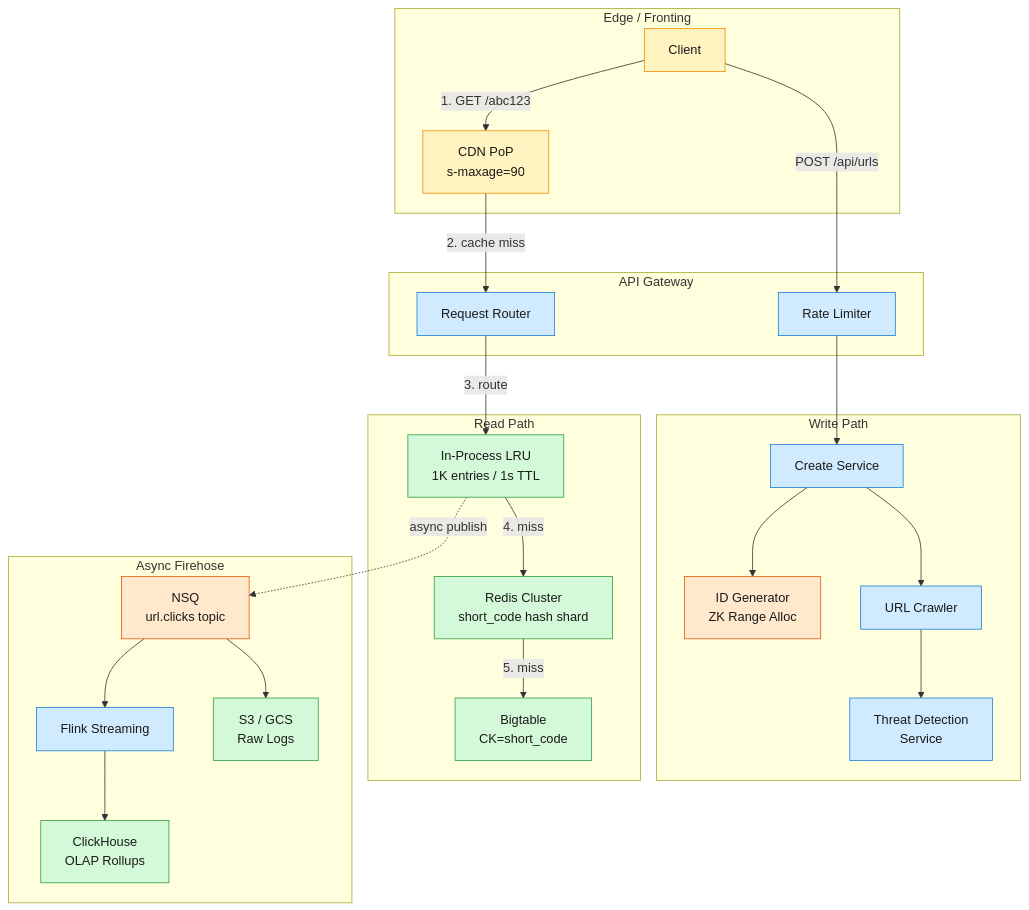
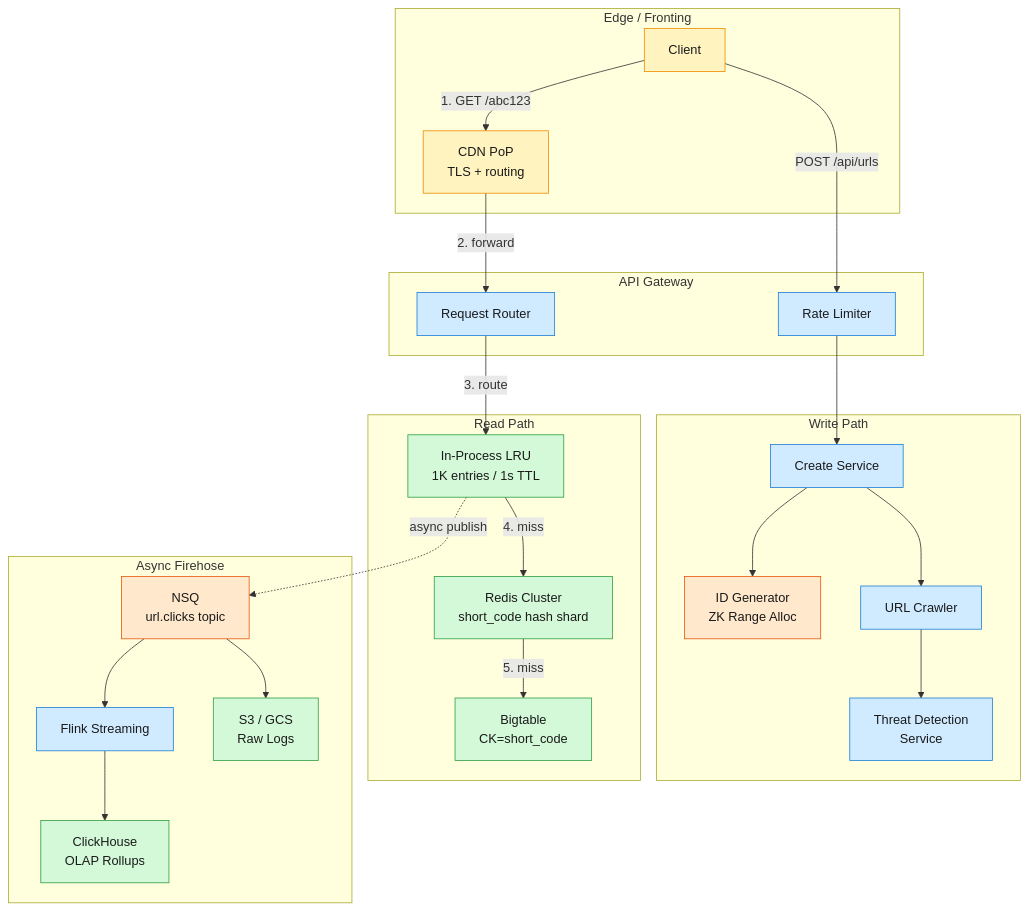
One commit to iliazlobin/iliazlobin.github.io changed the second of 2 diagrams in _posts/2026-06-29-system-design-bitly.md. Above: the diagram before and after it, drawn with Mermaid. The commit also changed other lines of this file, not shown here.

````diff
--- a/_posts/2026-06-29-system-design-bitly.md
+++ b/_posts/2026-06-29-system-design-bitly.md
@@ -101,58 +101,58 @@
 ```mermaid
 graph TB
     subgraph Edge["Edge / Fronting"]
         Client[Client]
-        CDN[CDN PoP<br/>s-maxage=90]
+        CDN[CDN PoP<br/>TLS + routing]
     end
 
     subgraph Gateway["API Gateway"]
         RateLimit[Rate Limiter]
         Router[Request Router]
     end
 
     subgraph WritePath["Write Path"]
         Creator[Create Service]
         IDGen[ID Generator<br/>ZK Range Alloc]
         Crawler[URL Crawler]
         TDS[Threat Detection<br/>Service]
     end
 
     subgraph ReadPath["Read Path"]
         L1[In-Process LRU<br/>1K entries / 1s TTL]
         L2[Redis Cluster<br/>short_code hash shard]
         L3[Bigtable<br/>CK=short_code]
     end
 
     subgraph Async["Async Firehose"]
         NSQ[NSQ<br/>url.clicks topic]
         Flink[Flink Streaming]
         ClickHouse[ClickHouse<br/>OLAP Rollups]
         Archive[S3 / GCS<br/>Raw Logs]
     end
 
     Client -->|1. GET /abc123| CDN
-    CDN -->|2. cache miss| Router
+    CDN -->|2. forward| Router
     Router -->|3. route| L1
     L1 -->|4. miss| L2
     L2 -->|5. miss| L3
     Client -->|POST /api/urls| RateLimit
     RateLimit --> Creator
     Creator --> IDGen
     Creator --> Crawler
     Crawler --> TDS
     L1 -.->|async publish| NSQ
     NSQ --> Flink
     Flink --> ClickHouse
     NSQ --> Archive
 
     classDef edge fill:#fff3bf,stroke:#f08c00,color:#1a1a1a;
     classDef svc fill:#d0ebff,stroke:#1c7ed6,color:#1a1a1a;
     classDef store fill:#d3f9d8,stroke:#2f9e44,color:#1a1a1a;
     classDef async fill:#ffe8cc,stroke:#e8590c,color:#1a1a1a;
 
     class Client,CDN edge;
     class Router,RateLimit,Creator,Crawler,TDS,Flink svc;
     class L1,L2,L3,ClickHouse,Archive store;
     class NSQ,IDGen async;
 
 ```
````
